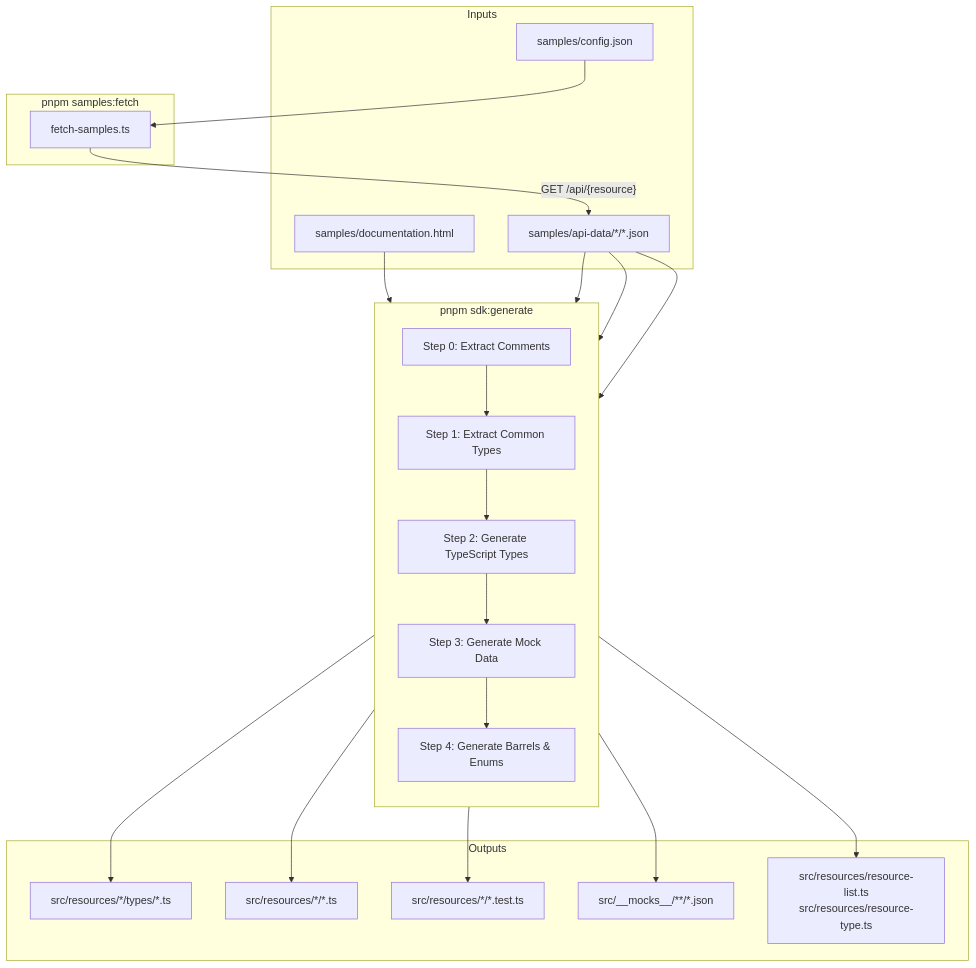
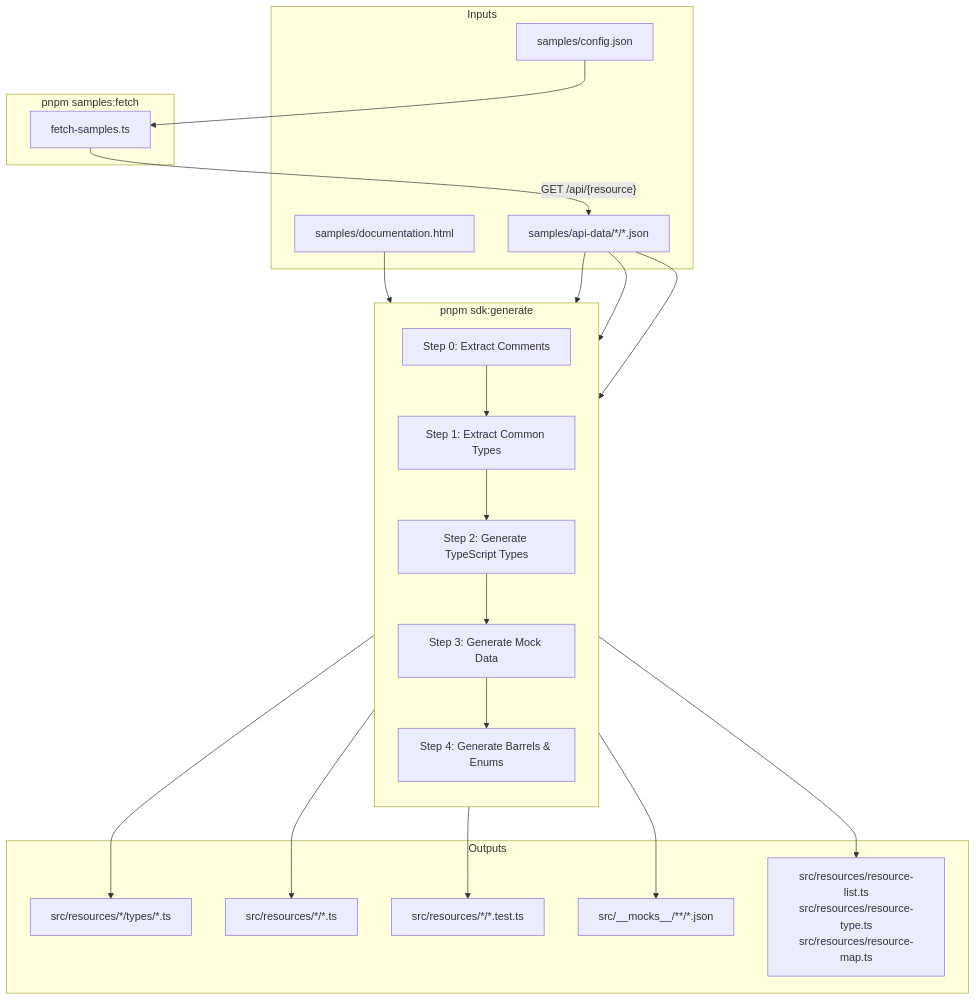
The first of 2 diagrams in scripts/README.md (AllyMurray/comic-vine), drawn with Mermaid before and after one commit. The commit also changed other lines of this file, not shown here.

First line of the commit message:
docs: update scripts README for new modules and resource-map generation

````diff
--- a/scripts/README.md
+++ b/scripts/README.md
@@ -7,46 +7,46 @@
 ```mermaid
 flowchart TD
     subgraph Inputs
         config["samples/config.json"]
         html["samples/documentation.html"]
         api["samples/api-data/*/*.json"]
     end
 
     subgraph fetch["pnpm samples:fetch"]
         F["fetch-samples.ts"]
     end
 
     config --> F
     F -- "GET /api/{resource}" --> api
 
     subgraph generate["pnpm sdk:generate"]
         direction TB
 
         S0["Step 0: Extract Comments"]
         S1["Step 1: Extract Common Types"]
         S2["Step 2: Generate TypeScript Types"]
         S3["Step 3: Generate Mock Data"]
         S4["Step 4: Generate Barrels & Enums"]
 
         S0 --> S1 --> S2 --> S3 --> S4
     end
 
     html --> S0
     api --> S1
     api --> S2
     api --> S3
 
     subgraph Outputs
         types["src/resources/*/types/*.ts"]
         classes["src/resources/*/*.ts"]
         tests["src/resources/*/*.test.ts"]
         mocks["src/__mocks__/**/*.json"]
-        barrels["src/resources/resource-list.ts\nsrc/resources/resource-type.ts"]
+        barrels["src/resources/resource-list.ts\nsrc/resources/resource-type.ts\nsrc/resources/resource-map.ts"]
     end
 
     S2 --> types
     S2 --> classes
     S2 --> tests
     S3 --> mocks
     S4 --> barrels
 ```
````
